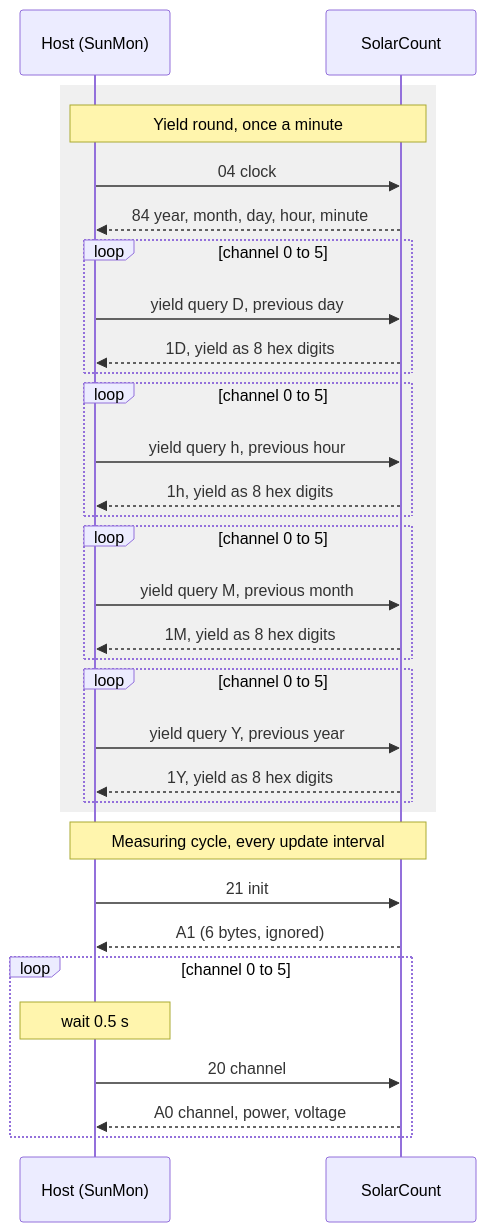
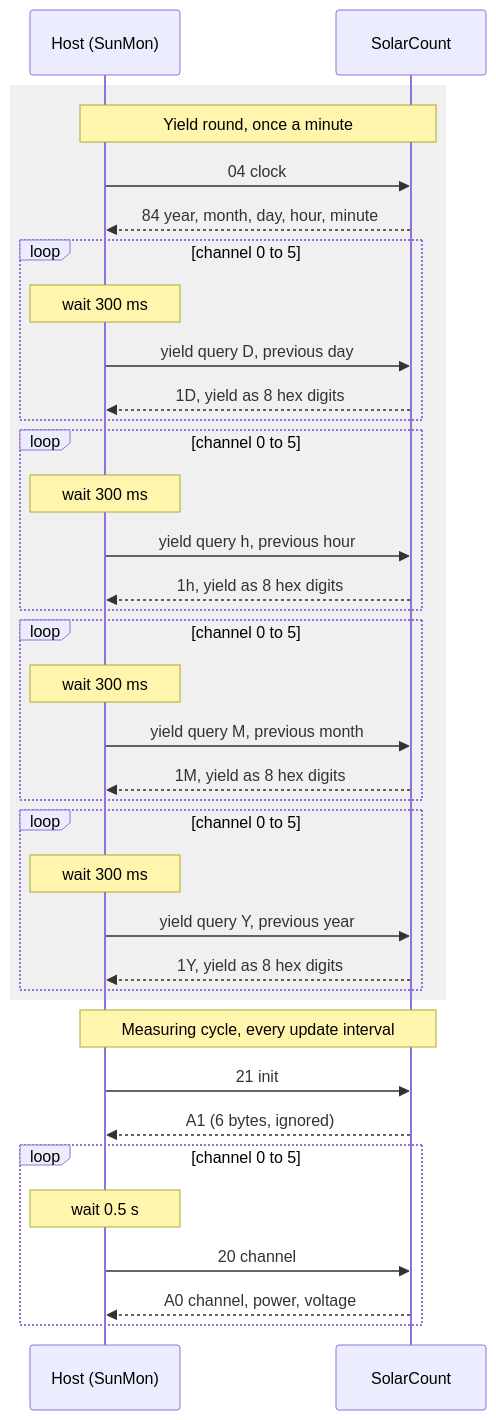
Before and after one commit to snbk40/SunMon: the first of 4 diagrams in docs/PROTOCOL.md, drawn with Mermaid. The commit also changed other lines of this file, not shown here.

First line of the commit message:
Show the 300 ms yield query pause in the protocol diagrams

````diff
--- a/docs/PROTOCOL.md
+++ b/docs/PROTOCOL.md
@@ -272,36 +273,40 @@
 ```mermaid
 sequenceDiagram
     participant H as Host (SunMon)
     participant S as SolarCount
 
     rect rgba(128, 128, 128, 0.12)
     Note over H,S: Yield round, once a minute
     H->>S: 04 clock
     S-->>H: 84 year, month, day, hour, minute
     loop channel 0 to 5
+        Note over H: wait 300 ms
         H->>S: yield query D, previous day
         S-->>H: 1D, yield as 8 hex digits
     end
     loop channel 0 to 5
+        Note over H: wait 300 ms
         H->>S: yield query h, previous hour
         S-->>H: 1h, yield as 8 hex digits
     end
     loop channel 0 to 5
+        Note over H: wait 300 ms
         H->>S: yield query M, previous month
         S-->>H: 1M, yield as 8 hex digits
     end
     loop channel 0 to 5
+        Note over H: wait 300 ms
         H->>S: yield query Y, previous year
         S-->>H: 1Y, yield as 8 hex digits
     end
     end
 
     Note over H,S: Measuring cycle, every update interval
     H->>S: 21 init
     S-->>H: A1 (6 bytes, ignored)
     loop channel 0 to 5
         Note over H: wait 0.5 s
         H->>S: 20 channel
         S-->>H: A0 channel, power, voltage
     end
 ```
````
